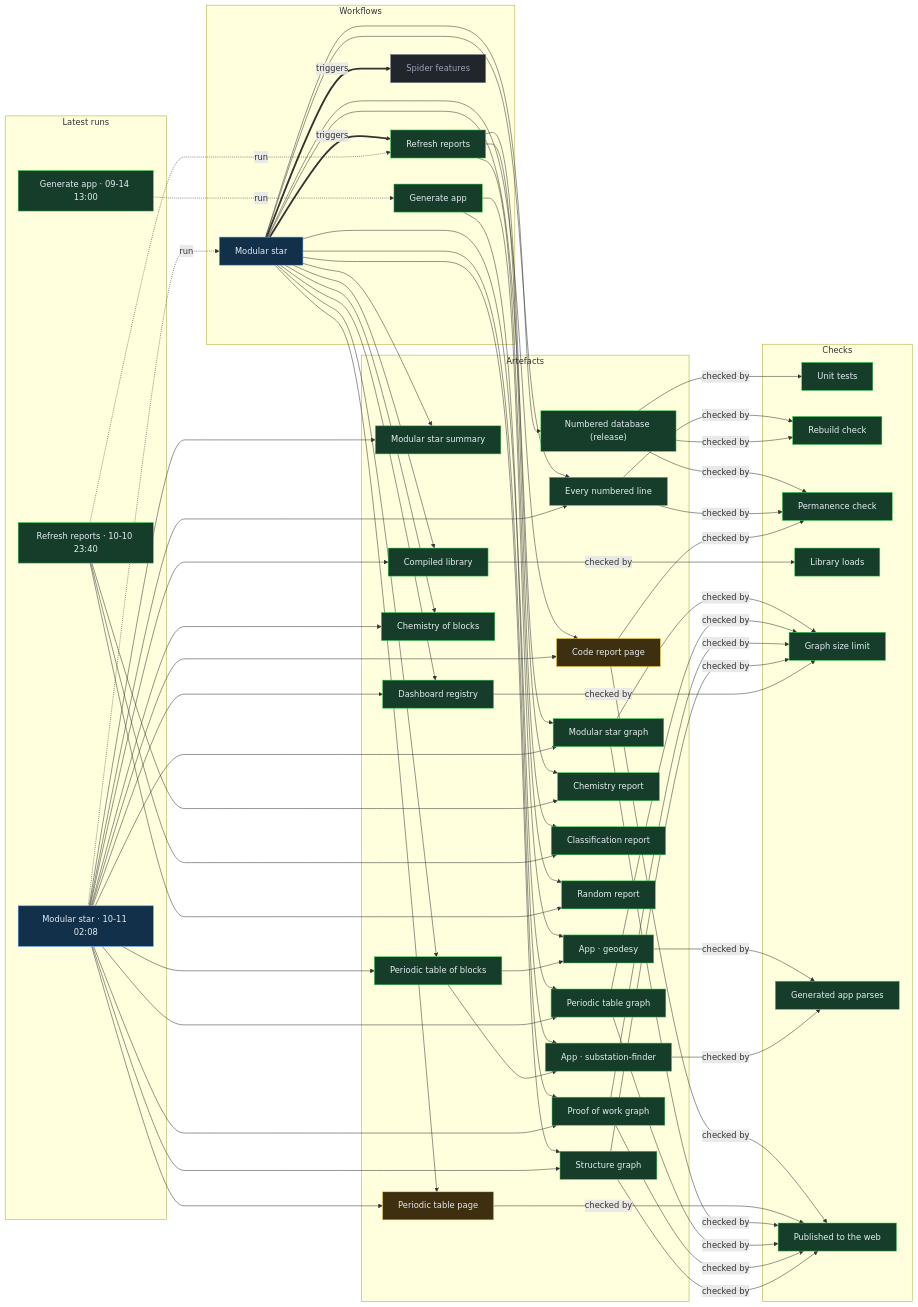
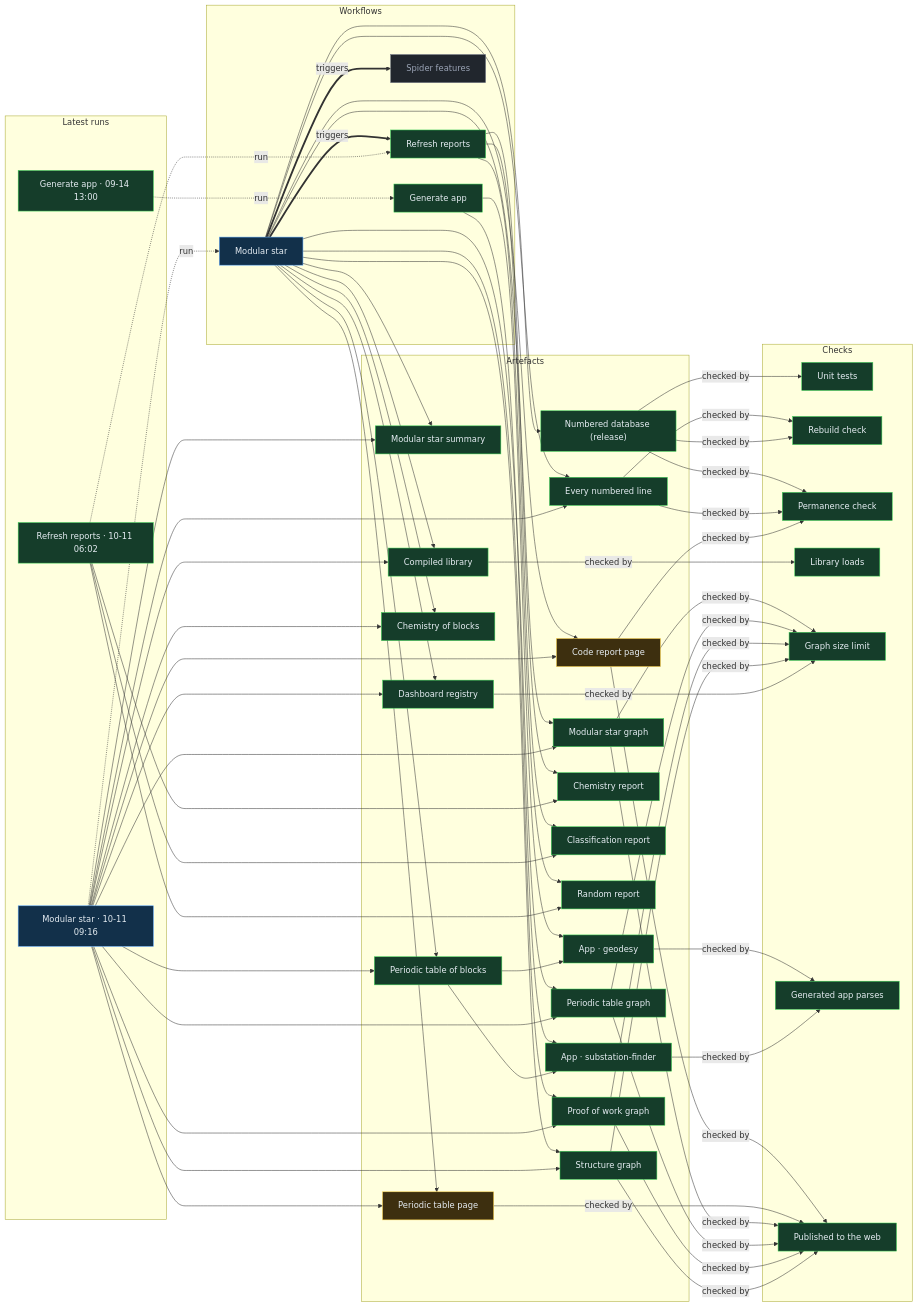
One commit to Ventusltd/stars changed the diagram in proof/PROOF.md. Above: the diagram before and after it, drawn with Mermaid. The commit also changed other lines of this file and 46 other files, not shown here.

Commit message:
Modular star 2026-10-11T09:18Z

```diff
--- a/proof/PROOF.md
+++ b/proof/PROOF.md
@@ -24,8 +24,8 @@
   n_wf_spider_features["Spider features"]:::off
   end
   subgraph g_runs["Latest runs"]
-  n_run_38104196104["Modular star · 10-11 02:08"]:::live
-  n_run_38095843724["Refresh reports · 10-10 23:40"]:::ok
+  n_run_38127760468["Modular star · 10-11 09:16"]:::live
+  n_run_38116733875["Refresh reports · 10-11 06:02"]:::ok
   n_run_34846587798["Generate app · 09-14 13:00"]:::ok
   end
   subgraph g_artefacts["Artefacts"]
@@ -59,39 +59,39 @@
   end
   n_wf_modular_star == triggers ==> n_wf_refresh
   n_wf_modular_star == triggers ==> n_wf_spider_features
-  n_run_38104196104 -. run .-> n_wf_modular_star
-  n_run_38095843724 -. run .-> n_wf_refresh
+  n_run_38127760468 -. run .-> n_wf_modular_star
+  n_run_38116733875 -. run .-> n_wf_refresh
   n_run_34846587798 -. run .-> n_wf_generate
   n_wf_modular_star --> n_art_summary
-  n_run_38104196104 --> n_art_summary
+  n_run_38127760468 --> n_art_summary
   n_wf_modular_star --> n_art_lines
-  n_run_38104196104 --> n_art_lines
+  n_run_38127760468 --> n_art_lines
   n_wf_modular_star --> n_art_code
-  n_run_38104196104 --> n_art_code
+  n_run_38127760468 --> n_art_code
   n_wf_modular_star --> n_art_modular_graph
-  n_run_38104196104 --> n_art_modular_graph
+  n_run_38127760468 --> n_art_modular_graph
   n_wf_modular_star --> n_art_blocks
-  n_run_38104196104 --> n_art_blocks
+  n_run_38127760468 --> n_art_blocks
   n_wf_modular_star --> n_art_table
-  n_run_38104196104 --> n_art_table
+  n_run_38127760468 --> n_art_table
   n_wf_modular_star --> n_art_blocks_graph
-  n_run_38104196104 --> n_art_blocks_graph
+  n_run_38127760468 --> n_art_blocks_graph
   n_wf_modular_star --> n_art_reactions
-  n_run_38104196104 --> n_art_reactions
+  n_run_38127760468 --> n_art_reactions
   n_wf_modular_star --> n_art_library
-  n_run_38104196104 --> n_art_library
+  n_run_38127760468 --> n_art_library
   n_wf_modular_star --> n_art_features
-  n_run_38104196104 --> n_art_features
+  n_run_38127760468 --> n_art_features
   n_wf_modular_star --> n_art_proof
-  n_run_38104196104 --> n_art_proof
+  n_run_38127760468 --> n_art_proof
   n_wf_modular_star --> n_art_structure
-  n_run_38104196104 --> n_art_structure
+  n_run_38127760468 --> n_art_structure
   n_wf_refresh --> n_art_chemistry
-  n_run_38095843724 --> n_art_chemistry
+  n_run_38116733875 --> n_art_chemistry
   n_wf_refresh --> n_art_vedic
-  n_run_38095843724 --> n_art_vedic
+  n_run_38116733875 --> n_art_vedic
   n_wf_refresh --> n_art_random
-  n_run_38095843724 --> n_art_random
+  n_run_38116733875 --> n_art_random
   n_wf_modular_star --> n_art_release
   n_wf_generate --> n_app_geodesy
   n_art_blocks --> n_app_geodesy
```
